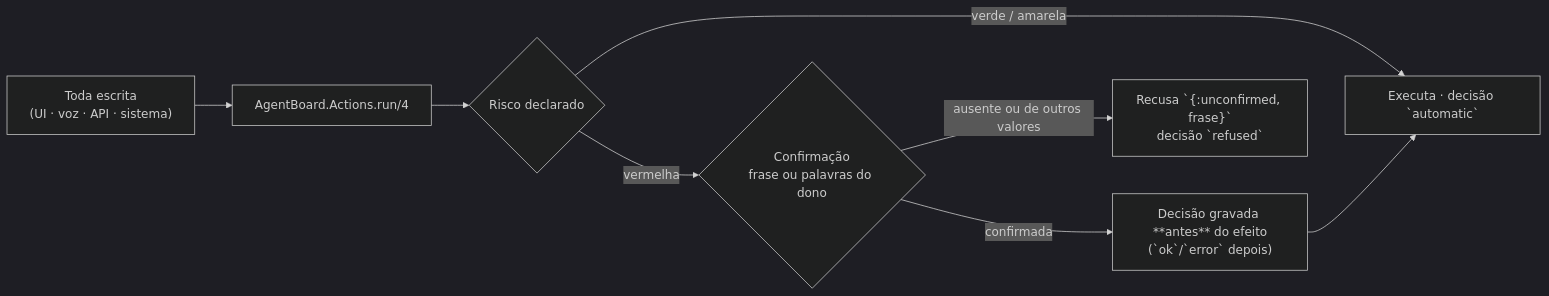
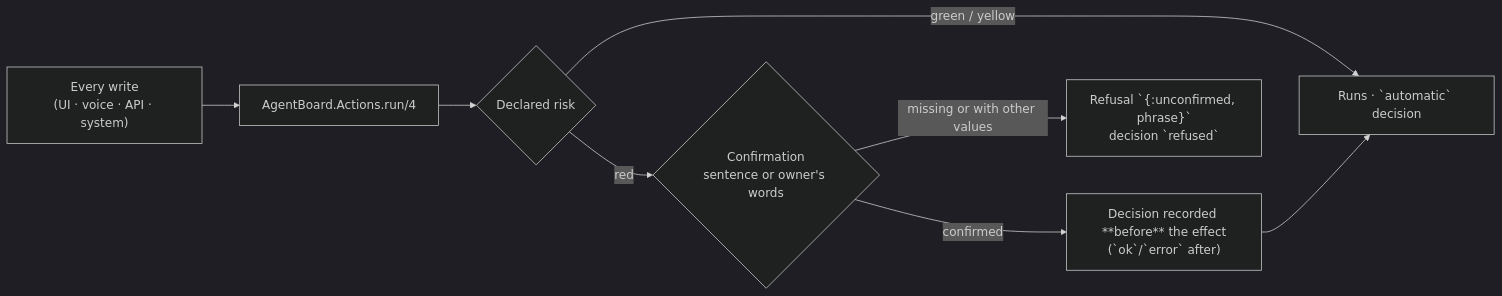
Before and after one commit to sallaumen/dsh-superagent-superboard: the first of 4 diagrams in docs/maintainer-contract.md, drawn with Mermaid (dark theme). The commit also changed other lines of this file and 34 other files, not shown here.

````diff
--- a/docs/maintainer-contract.md
+++ b/docs/maintainer-contract.md
@@ -107,10 +107,10 @@
 ```mermaid
 flowchart LR
-    A["Toda escrita<br/>(UI · voz · API · sistema)"] --> G["AgentBoard.Actions.run/4"]
-    G --> R{Risco declarado}
-    R -- verde / amarela --> E["Executa · decisão `automatic`"]
-    R -- vermelha --> C{Confirmação<br/>frase ou palavras do dono}
-    C -- ausente ou de outros valores --> X["Recusa `{:unconfirmed, frase}`<br/>decisão `refused`"]
-    C -- confirmada --> S["Decisão gravada **antes** do efeito<br/>(`ok`/`error` depois)"]
+    A["Every write<br/>(UI · voice · API · system)"] --> G["AgentBoard.Actions.run/4"]
+    G --> R{Declared risk}
+    R -- green / yellow --> E["Runs · `automatic` decision"]
+    R -- red --> C{Confirmation<br/>sentence or owner's words}
+    C -- missing or with other values --> X["Refusal `{:unconfirmed, phrase}`<br/>decision `refused`"]
+    C -- confirmed --> S["Decision recorded **before** the effect<br/>(`ok`/`error` after)"]
     S --> E
 ```
````
